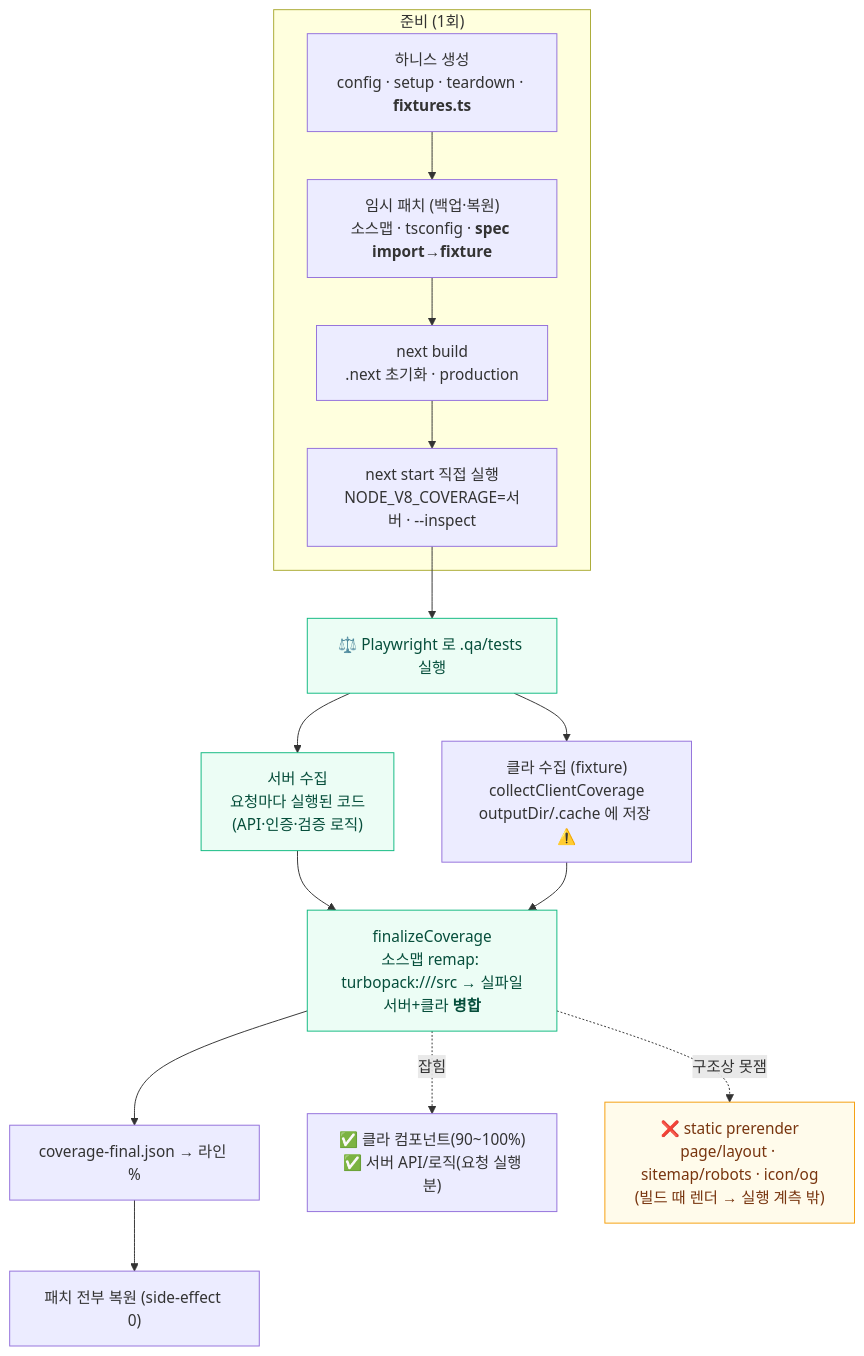
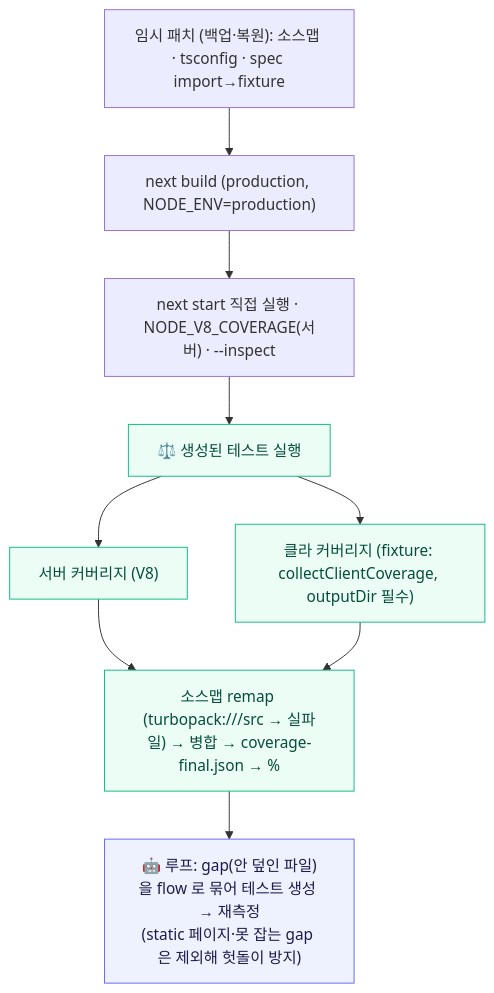
The eighth of 9 diagrams in README.md (hun2zz/auto-qa), drawn with Mermaid before and after one commit. The commit also changed other lines of this file, not shown here.

````diff
--- a/README.md
+++ b/README.md
@@ -278,24 +270,14 @@
 ```mermaid
 flowchart TD
-    subgraph prep["준비 (1회)"]
-        H["하니스 생성<br/>config · setup · teardown · <b>fixtures.ts</b>"]
-        P["임시 패치 (백업·복원)<br/>소스맵 · tsconfig · <b>spec import→fixture</b>"]
-        B["next build<br/>.next 초기화 · production"]
-        S["next start 직접 실행<br/>NODE_V8_COVERAGE=서버 · --inspect"]
-        H --> P --> B --> S
-    end
-    S --> R["⚖️ Playwright 로 .qa/tests 실행"]
-    R --> SV["서버 수집<br/>요청마다 실행된 코드<br/>(API·인증·검증 로직)"]
-    R --> CL["클라 수집 (fixture)<br/>collectClientCoverage<br/>outputDir/.cache 에 저장 ⚠️"]
-    SV --> F["finalizeCoverage<br/>소스맵 remap: turbopack:///src → 실파일<br/>서버+클라 <b>병합</b>"]
-    CL --> F
-    F --> J["coverage-final.json → 라인 %"]
-    J --> RS["패치 전부 복원 (side-effect 0)"]
-
-    F -.잡힘.-> Y["✅ 클라 컴포넌트(90~100%)<br/>✅ 서버 API/로직(요청 실행분)"]
-    F -.구조상 못잼.-> N["❌ static prerender<br/>page/layout · sitemap/robots · icon/og<br/>(빌드 때 렌더 → 실행 계측 밖)"]
+    P["임시 패치 (백업·복원): 소스맵 · tsconfig · spec import→fixture"] --> B["next build (production, NODE_ENV=production)"]
+    B --> S["next start 직접 실행 · NODE_V8_COVERAGE(서버) · --inspect"]
+    S --> R["⚖️ 생성된 테스트 실행"]
+    R --> SV["서버 커버리지 (V8)"]
+    R --> CL["클라 커버리지 (fixture: collectClientCoverage, outputDir 필수)"]
+    SV & CL --> F["소스맵 remap (turbopack:///src → 실파일) → 병합 → coverage-final.json → %"]
+    F --> LOOP["🤖 루프: gap(안 덮인 파일)을 flow 로 묶어 테스트 생성 → 재측정<br/>(static 페이지·못 잡는 gap 은 제외해 헛돌이 방지)"]
     classDef det fill:#ecfdf5,stroke:#10b981,color:#064e3b
-    classDef warn fill:#fffbeb,stroke:#f59e0b,color:#78350f
-    class R,SV,F det
-    class N warn
+    classDef ai fill:#eef2ff,stroke:#6366f1,color:#1e1b4b
+    class R,SV,CL,F det
+    class LOOP ai
 ```
````
